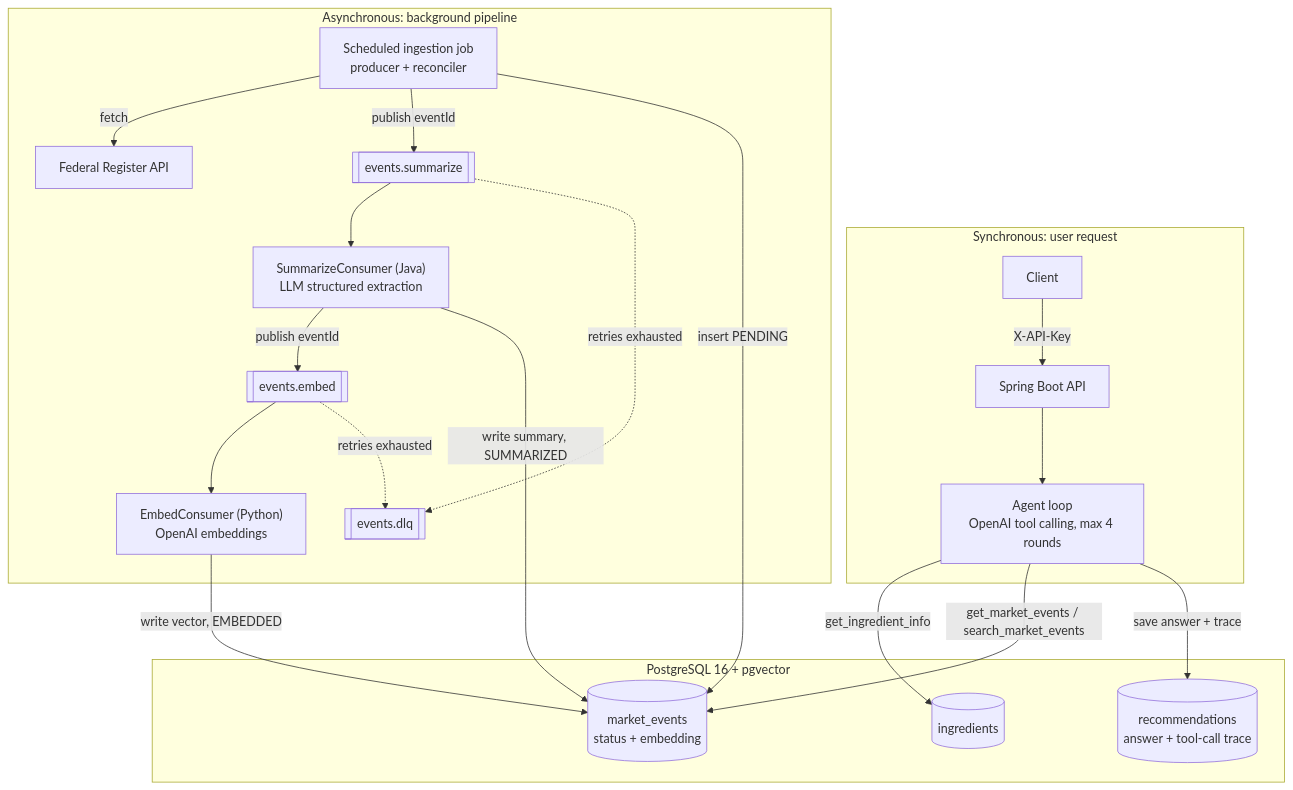
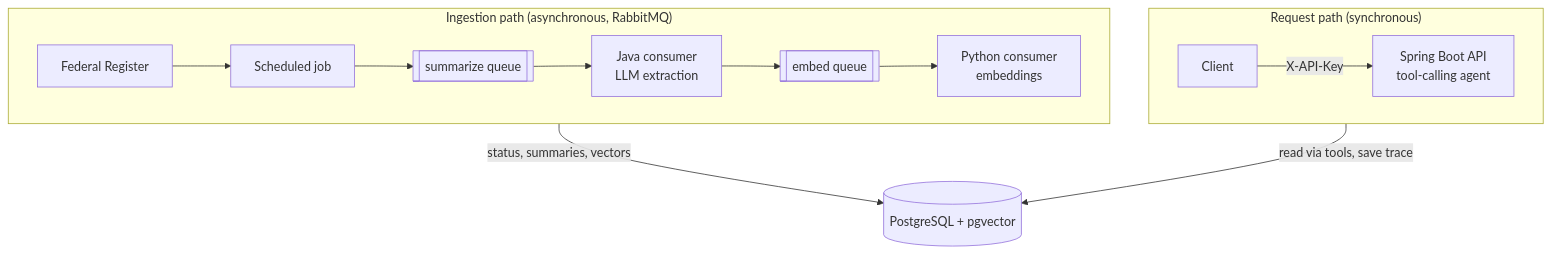
Before and after one commit to el010303/ingredient-market-intelligence-agent: the diagram in README.md, drawn with Mermaid.

Commit message:
README: simplify architecture diagram to two paths and one database

````diff
--- a/README.md
+++ b/README.md
@@ -57,30 +57,17 @@
 ```mermaid
 flowchart TB
-    subgraph sync["Synchronous: user request"]
-        C[Client] -- "X-API-Key" --> API[Spring Boot API]
-        API --> AG["Agent loop<br/>OpenAI tool calling, max 4 rounds"]
+    subgraph sync["Request path (synchronous)"]
+        direction LR
+        C[Client] -- "X-API-Key" --> A["Spring Boot API<br/>tool-calling agent"]
     end
 
-    subgraph db["PostgreSQL 16 + pgvector"]
-        ING[(ingredients)]
-        ME[(market_events<br/>status + embedding)]
-        REC[(recommendations<br/>answer + tool-call trace)]
+    subgraph async["Ingestion path (asynchronous, RabbitMQ)"]
+        direction LR
+        FR[Federal Register] --> J[Scheduled job] --> Q1[["summarize queue"]] --> S["Java consumer<br/>LLM extraction"] --> Q2[["embed queue"]] --> E["Python consumer<br/>embeddings"]
     end
 
-    subgraph async["Asynchronous: background pipeline"]
-        JOB["Scheduled ingestion job<br/>producer + reconciler"] -- fetch --> FR[Federal Register API]
-        JOB -- "publish eventId" --> QS[["events.summarize"]]
-        QS --> SC["SummarizeConsumer (Java)<br/>LLM structured extraction"]
-        SC -- "publish eventId" --> QE[["events.embed"]]
-        QE --> EC["EmbedConsumer (Python)<br/>OpenAI embeddings"]
-        QS -. "retries exhausted" .-> DLQ[["events.dlq"]]
-        QE -. "retries exhausted" .-> DLQ
-    end
+    DB[("PostgreSQL + pgvector")]
 
-    AG -- get_ingredient_info --> ING
-    AG -- "get_market_events / search_market_events" --> ME
-    AG -- "save answer + trace" --> REC
-    JOB -- "insert PENDING" --> ME
-    SC -- "write summary, SUMMARIZED" --> ME
-    EC -- "write vector, EMBEDDED" --> ME
+    A -- "read via tools, save trace" --> DB
+    async -- "status, summaries, vectors" --> DB
 ```
````
